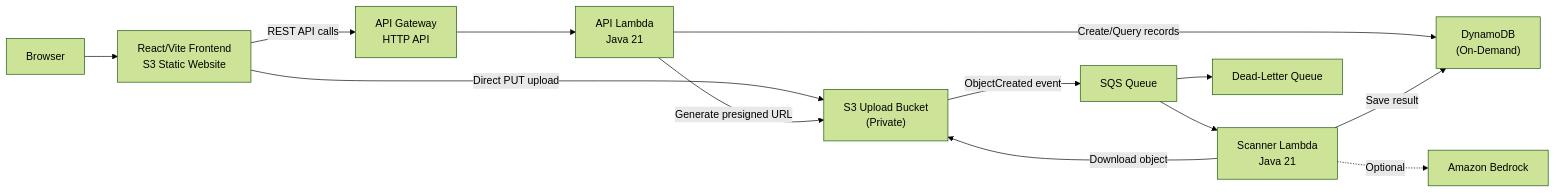
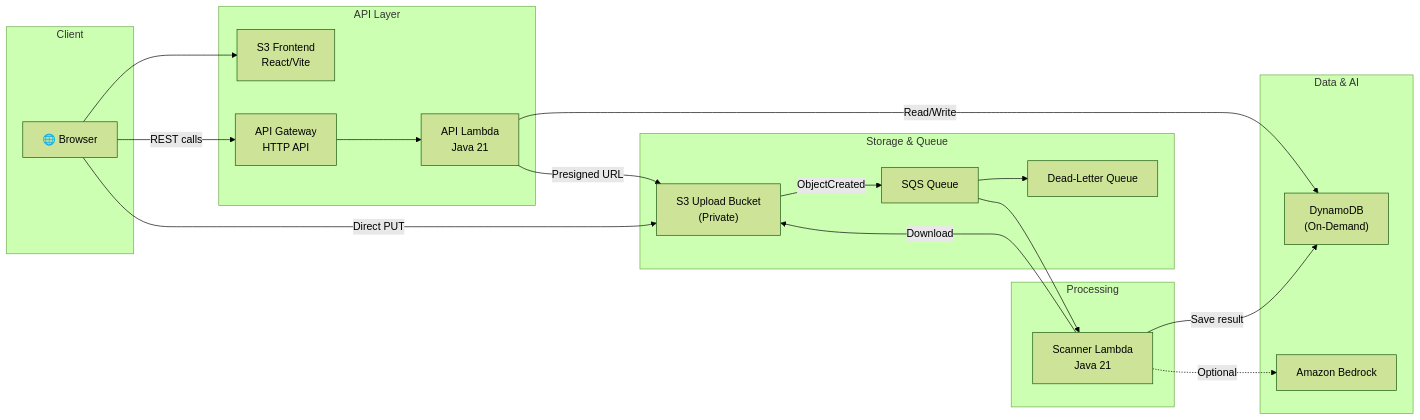
Before and after one commit to danglam0129/log-scanner-aws-hackathon: the diagram in README.md, drawn with Mermaid (forest theme).

Commit message:
update README v2

````diff
--- a/README.md
+++ b/README.md
@@ -20,15 +20,40 @@
 ```mermaid
 flowchart LR
-    User["Browser"] --> FE["React/Vite Frontend<br/>S3 Static Website"]
-    FE -->|REST API calls| APIGW["API Gateway<br/>HTTP API"]
-    FE -->|Direct PUT upload| S3["S3 Upload Bucket<br/>(Private)"]
-    APIGW --> API["API Lambda<br/>Java 21"]
-    API -->|Create/Query records| DDB["DynamoDB<br/>(On-Demand)"]
-    API -->|Generate presigned URL| S3
-    S3 -->|ObjectCreated event| SQS["SQS Queue"]
-    SQS --> Scanner["Scanner Lambda<br/>Java 21"]
-    SQS --> DLQ["Dead-Letter Queue"]
-    Scanner -->|Download object| S3
+    subgraph Client
+        Browser["🌐 Browser"]
+    end
+
+    subgraph API Layer
+        FE["S3 Frontend<br/>React/Vite"]
+        APIGW["API Gateway<br/>HTTP API"]
+        API["API Lambda<br/>Java 21"]
+    end
+
+    subgraph Storage & Queue
+        S3["S3 Upload Bucket<br/>(Private)"]
+        SQS["SQS Queue"]
+        DLQ["Dead-Letter Queue"]
+    end
+
+    subgraph Processing
+        Scanner["Scanner Lambda<br/>Java 21"]
+    end
+
+    subgraph Data & AI
+        DDB["DynamoDB<br/>(On-Demand)"]
+        Bedrock["Amazon Bedrock"]
+    end
+
+    Browser --> FE
+    Browser -->|REST calls| APIGW
+    APIGW --> API
+    API -->|Read/Write| DDB
+    API -->|Presigned URL| S3
+    Browser -->|Direct PUT| S3
+    S3 -->|ObjectCreated| SQS
+    SQS --> Scanner
+    SQS --> DLQ
+    Scanner -->|Download| S3
     Scanner -->|Save result| DDB
-    Scanner -.->|Optional| Bedrock["Amazon Bedrock"]
+    Scanner -.->|Optional| Bedrock
 ```
````
